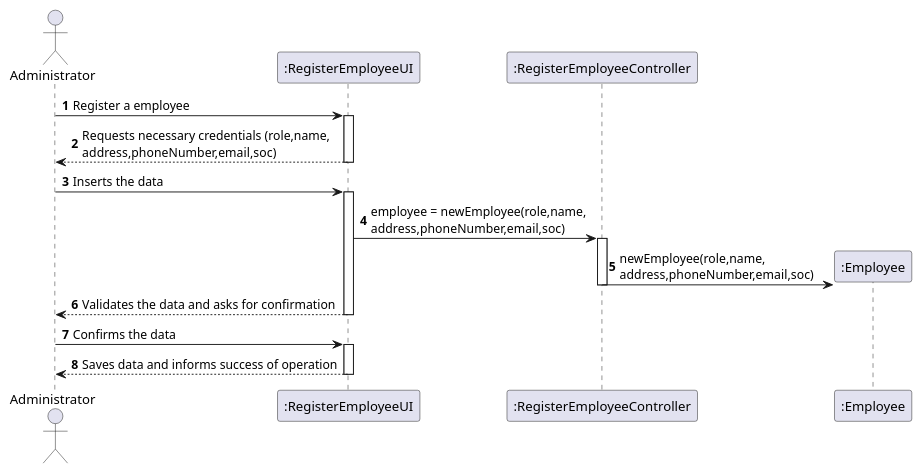
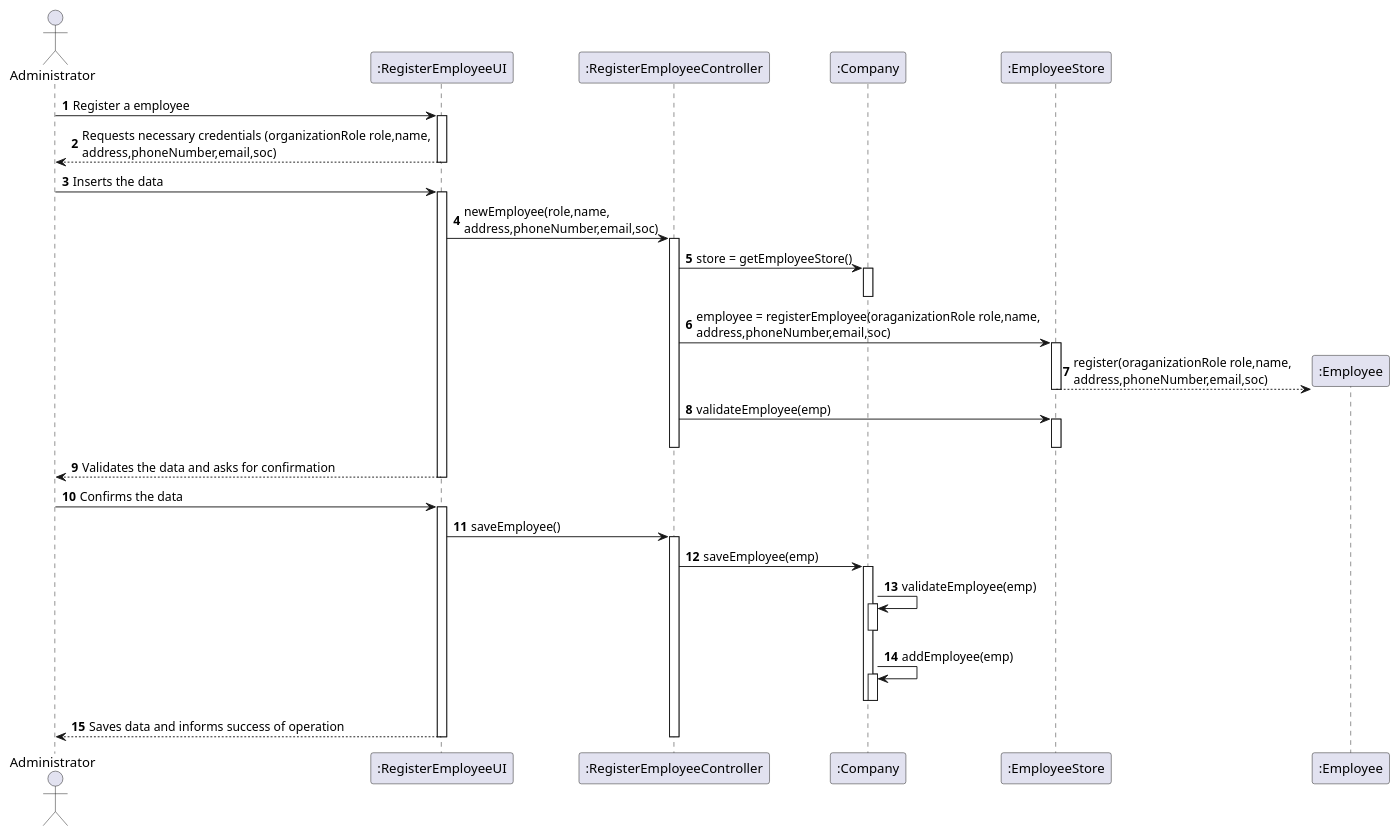
The diagram in docs/SprintB/UC7/UC7_SD.puml (GuilhermeCunha79/lapr2), drawn with PlantUML before and after one commit. The commit also changed 11 other files, not shown here.

Commit message:
Update of the diagrams (SSD,MD,SD) [US-07] [Requirements Engineering]

```diff
--- a/docs/SprintB/UC7/UC7_SD.puml
+++ b/docs/SprintB/UC7/UC7_SD.puml
@@ -1,31 +1,60 @@
 @startuml
 autonumber
 'hide footbox
 actor "Administrator" as ADMIN
 
 participant ":RegisterEmployeeUI" as UI
 participant ":RegisterEmployeeController" as CTRL
-participant ":Employee" as E
+participant ":Company" as COMP
+participant ":EmployeeStore" as EMPS
+participant ":Employee" as EMP
 
 
 ADMIN -> UI : Register a employee
 activate UI
-    UI --> ADMIN : Requests necessary credentials (role,name,\naddress,phoneNumber,email,soc)
+    UI --> ADMIN : Requests necessary credentials (organizationRole role,name,\naddress,phoneNumber,email,soc)
 deactivate UI
 
 ADMIN -> UI : Inserts the data
 activate UI
-    UI -> CTRL : employee = newEmployee(role,name,\naddress,phoneNumber,email,soc)
+UI -> CTRL : newEmployee(role,name,\naddress,phoneNumber,email,soc)
     activate CTRL
-
-        CTRL -> E** : newEmployee(role,name,\naddress,phoneNumber,email,soc)
+        CTRL -> COMP : store = getEmployeeStore()
+        activate COMP
+        deactivate COMP
+        CTRL -> EMPS : employee = registerEmployee(oraganizationRole role,name,\naddress,phoneNumber,email,soc)
+                activate EMPS
+                    EMPS --> EMP** : register(oraganizationRole role,name,\naddress,phoneNumber,email,soc)
+                deactivate EMPS
+                CTRL -> EMPS : validateEmployee(emp)
+                activate EMPS
+                deactivate EMPS
     deactivate CTRL
     UI --> ADMIN : Validates the data and asks for confirmation
 deactivate UI
 
 ADMIN -> UI : Confirms the data
 activate UI
-    UI --> ADMIN : Saves data and informs success of operation
+
+    UI -> CTRL : saveEmployee()
+
+activate CTRL
+    CTRL -> COMP : saveEmployee(emp)
+
+activate COMP
+
+    COMP -> COMP : validateEmployee(emp)
+    activate COMP
+    deactivate COMP
+    COMP -> COMP : addEmployee(emp)
+    activate COMP
+    deactivate COMP
+    deactivate COMP
+
+
+UI --> ADMIN : Saves data and informs success of operation
+deactivate COMP
 deactivate UI
+deactivate CTRL
 
 @enduml
```
